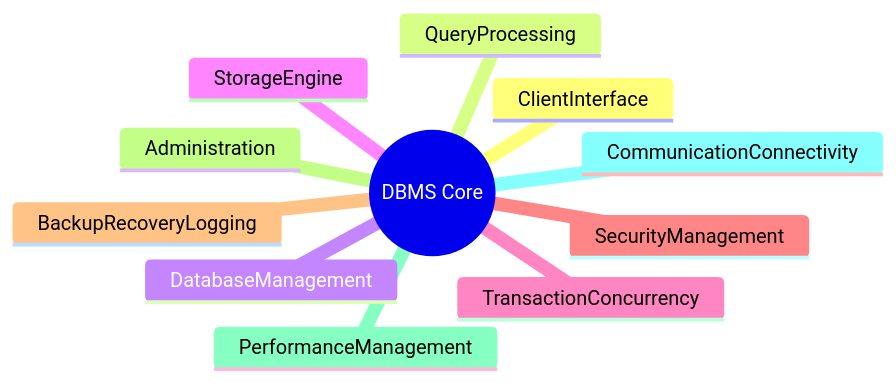
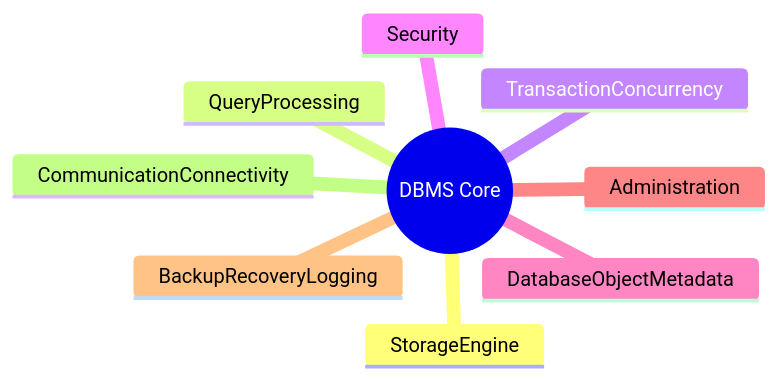
The first of 2 diagrams in README.md (Ricky13170/DBMS_bbv), drawn with Mermaid before and after one commit. The commit also changed other lines of this file, not shown here.

````diff
--- a/README.md
+++ b/README.md
@@ -9,14 +9,12 @@
 ```mermaid
 mindmap
   root((DBMS Core))
-    ClientInterface
+    StorageEngine
     QueryProcessing
-    DatabaseManagement
-    StorageEngine
     TransactionConcurrency
-    SecurityManagement
+    Security
+    DatabaseObjectMetadata
+    Administration
     BackupRecoveryLogging
-    Administration
-    PerformanceManagement
     CommunicationConnectivity
 ```
````
